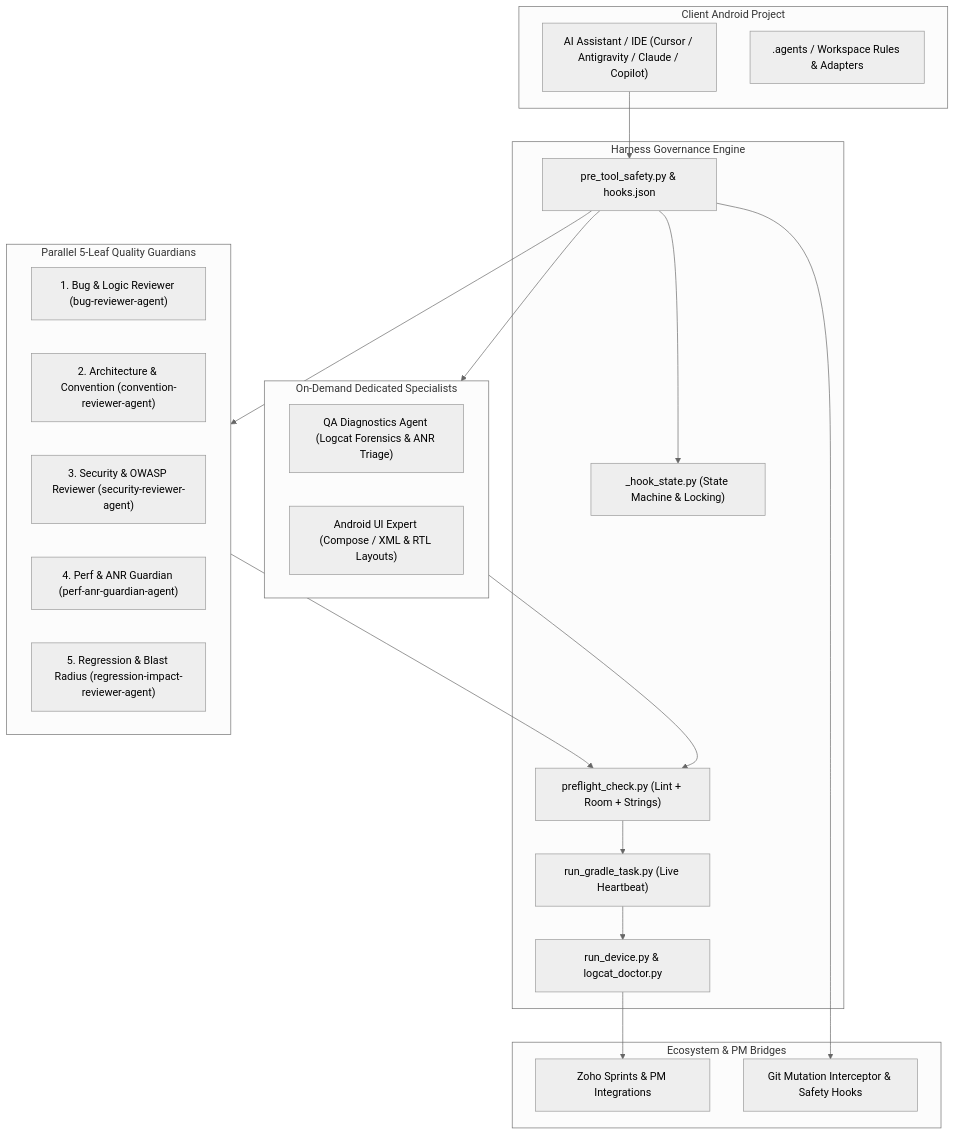
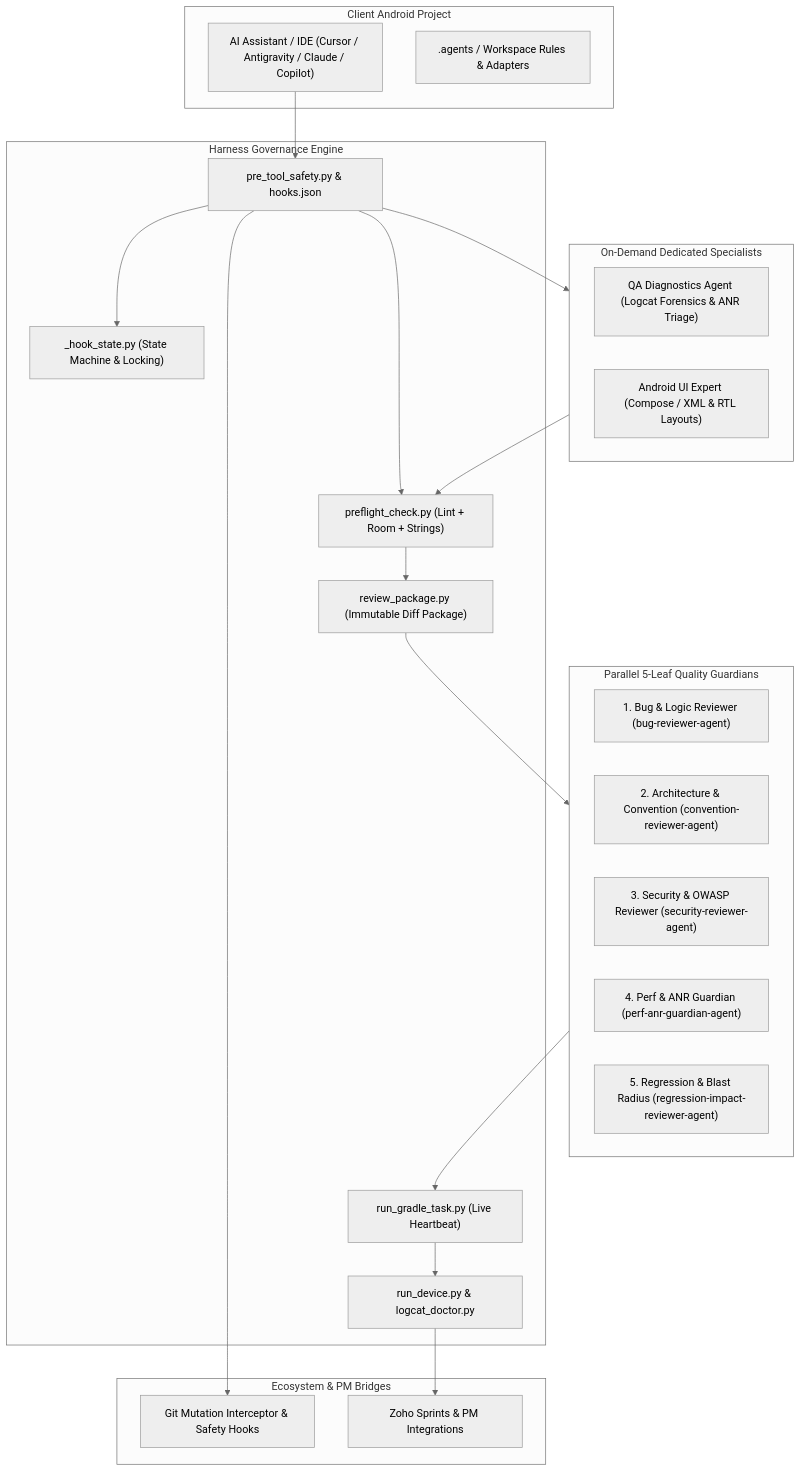
One commit to rabee-elkholy/android-agent-harness changed the first of 2 diagrams in docs/architecture.md. Above: the diagram before and after it, drawn with Mermaid (neutral theme). The commit also changed other lines of this file and 11 other files, not shown here.

````diff
--- a/docs/architecture.md
+++ b/docs/architecture.md
@@ -10,44 +10,46 @@
 ```mermaid
 graph TB
     subgraph Client ["Client Android Project"]
         IDE["AI Assistant / IDE (Cursor / Antigravity / Claude / Copilot)"]
         FS[".agents / Workspace Rules & Adapters"]
     end
 
     subgraph Governance ["Harness Governance Engine"]
         SafetyHooks["pre_tool_safety.py & hooks.json"]
         StateManager["_hook_state.py (State Machine & Locking)"]
         Preflight["preflight_check.py (Lint + Room + Strings)"]
+        ReviewPackage["review_package.py (Immutable Diff Package)"]
         GradleStream["run_gradle_task.py (Live Heartbeat)"]
         DeviceRunner["run_device.py & logcat_doctor.py"]
     end
 
     subgraph Reviewers ["Parallel 5-Leaf Quality Guardians"]
         R1["1. Bug & Logic Reviewer (bug-reviewer-agent)"]
         R2["2. Architecture & Convention (convention-reviewer-agent)"]
         R3["3. Security & OWASP Reviewer (security-reviewer-agent)"]
         R4["4. Perf & ANR Guardian (perf-anr-guardian-agent)"]
         R5["5. Regression & Blast Radius (regression-impact-reviewer-agent)"]
     end
 
     subgraph Specialists ["On-Demand Dedicated Specialists"]
         S1["QA Diagnostics Agent (Logcat Forensics & ANR Triage)"]
         S2["Android UI Expert (Compose / XML & RTL Layouts)"]
     end
 
     subgraph Integrations ["Ecosystem & PM Bridges"]
         ZohoMCP["Zoho Sprints & PM Integrations"]
         GitGuard["Git Mutation Interceptor & Safety Hooks"]
     end
 
     IDE --> SafetyHooks
     SafetyHooks --> StateManager
     SafetyHooks --> GitGuard
-    SafetyHooks --> Reviewers
+    SafetyHooks --> Preflight
     SafetyHooks --> Specialists
-    Reviewers --> Preflight
     Specialists --> Preflight
-    Preflight --> GradleStream
+    Preflight --> ReviewPackage
+    ReviewPackage --> Reviewers
+    Reviewers --> GradleStream
     GradleStream --> DeviceRunner
     DeviceRunner --> ZohoMCP
 ```
````
